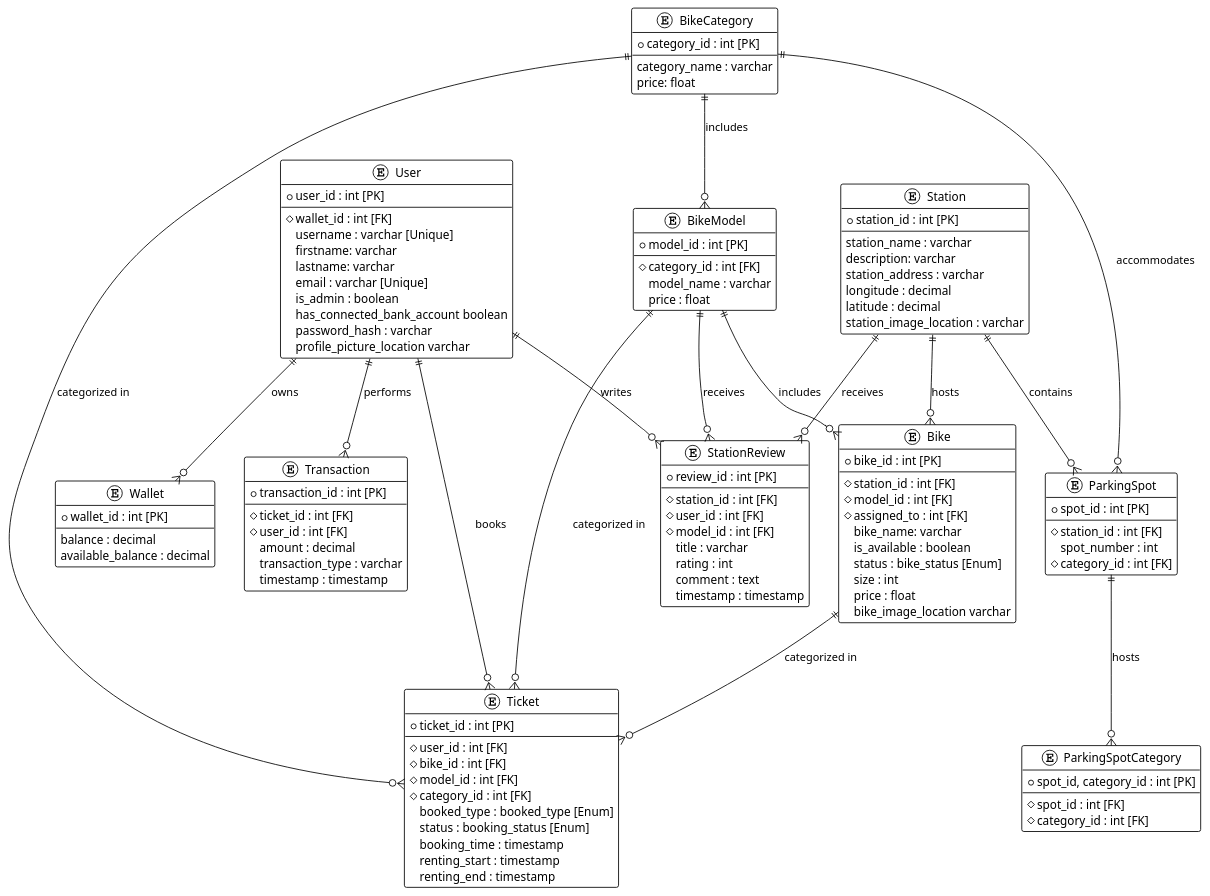
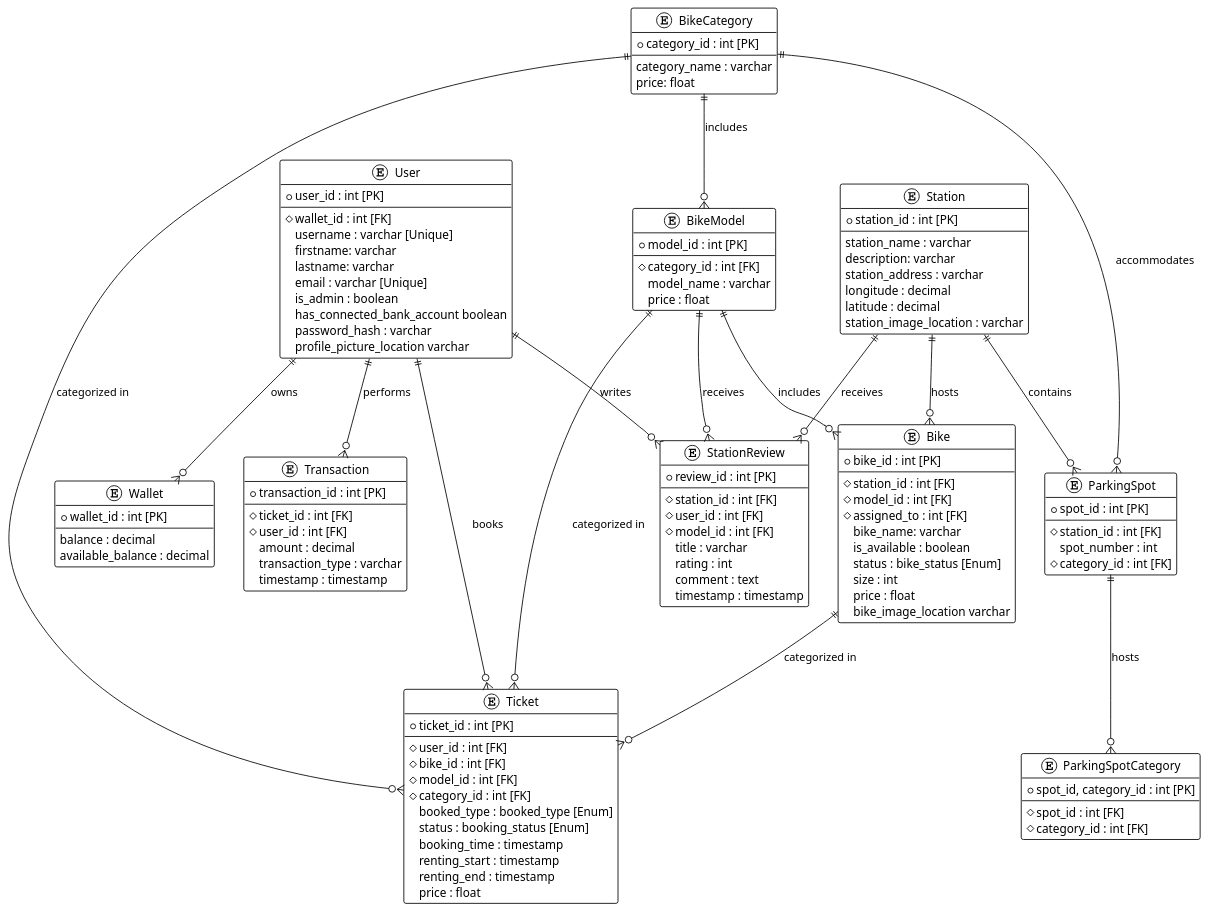
One commit to uni-aau/web-project changed the diagram in database.puml. Above: the diagram before and after it, drawn with PlantUML. The commit also changed 1 other file, not shown here.

```diff
--- a/database.puml
+++ b/database.puml
@@ -1,132 +1,133 @@
 @startuml
 !theme plain
 
 entity "User" {
   +user_id : int [PK]
   --
   #wallet_id : int [FK]
   username : varchar [Unique]
   firstname: varchar
   lastname: varchar
   email : varchar [Unique]
   is_admin : boolean
   has_connected_bank_account boolean
   password_hash : varchar
   profile_picture_location varchar
 }
 
 entity "Wallet" {
   +wallet_id : int [PK]
   --
   balance : decimal
   available_balance : decimal
 }
 
 entity "Station" {
   +station_id : int [PK]
   --
   station_name : varchar
   description: varchar
   station_address : varchar
   longitude : decimal
   latitude : decimal
   station_image_location : varchar
 }
 
 entity "BikeCategory" {
   +category_id : int [PK]
   --
   category_name : varchar
   price: float
 }
 
 entity "BikeModel" {
   +model_id : int [PK]
   --
   #category_id : int [FK]
   model_name : varchar
   price : float
 }
 
 entity "Bike" {
   +bike_id : int [PK]
   --
   #station_id : int [FK]
   #model_id : int [FK]
   #assigned_to : int [FK]
   bike_name: varchar
   is_available : boolean
   status : bike_status [Enum]
   size : int
   price : float
   bike_image_location varchar
 }
 
 entity "ParkingSpot" {
   +spot_id : int [PK]
   --
   #station_id : int [FK]
   spot_number : int
   #category_id : int [FK]
 }
 
 entity "ParkingSpotCategory" {
   +spot_id, category_id : int [PK]
   --
   #spot_id : int [FK]
   #category_id : int [FK]
 }
 
 entity "Ticket" {
   +ticket_id : int [PK]
   --
   #user_id : int [FK]
   #bike_id : int [FK]
   #model_id : int [FK]
   #category_id : int [FK]
   booked_type : booked_type [Enum]
   status : booking_status [Enum]
   booking_time : timestamp
   renting_start : timestamp
   renting_end : timestamp
+  price : float
 }
 
 entity "Transaction" {
   +transaction_id : int [PK]
   --
   #ticket_id : int [FK]
   #user_id : int [FK]
   amount : decimal
   transaction_type : varchar
   timestamp : timestamp
 }
 
 entity "StationReview" {
   +review_id : int [PK]
   --
   #station_id : int [FK]
   #user_id : int [FK]
   #model_id : int [FK]
   title : varchar
   rating : int
   comment : text
   timestamp : timestamp
 }
 
 User ||--o{ Wallet : "owns"
 User ||--o{ Ticket : "books"
 User ||--o{ Transaction : "performs"
 User ||--o{ StationReview : "writes"
 Station ||--o{ Bike : "hosts"
 Station ||--o{ StationReview : "receives"
 Station ||--o{ ParkingSpot : "contains"
 BikeCategory ||--o{ BikeModel : "includes"
 BikeModel ||--o{ Bike : "includes"
 BikeModel ||--o{ StationReview : "receives"
 BikeCategory ||--o{ Ticket : "categorized in"
 BikeModel ||--o{ Ticket : "categorized in"
 Bike ||--o{ Ticket : "categorized in"
 BikeCategory ||--o{ ParkingSpot : "accommodates"
 ParkingSpot ||--o{ ParkingSpotCategory : "hosts"
 
 @enduml
```
